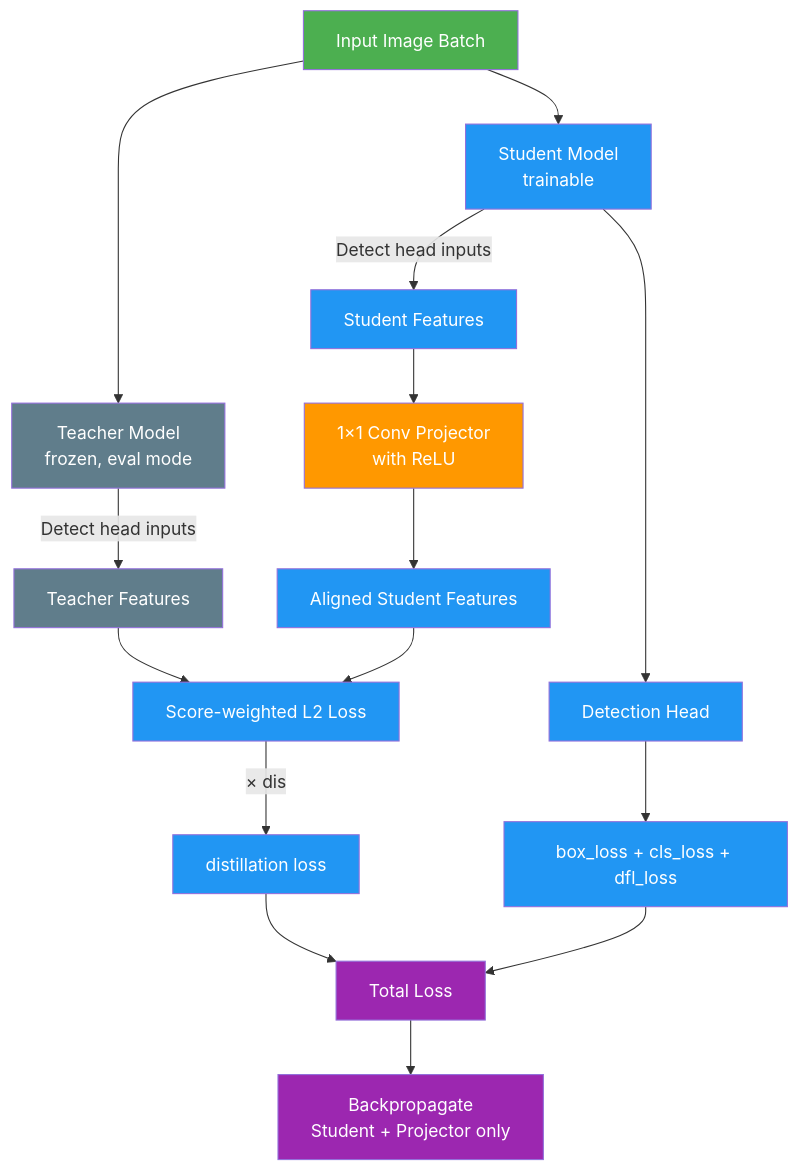
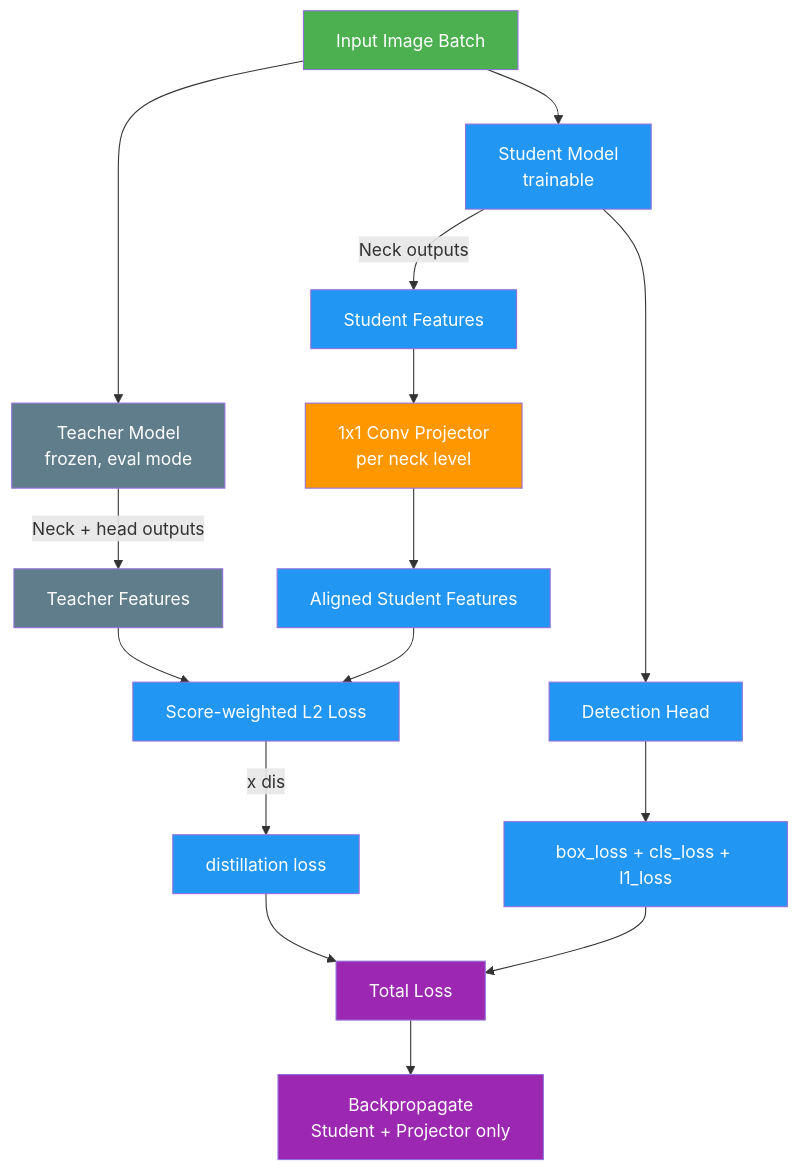
Before and after one commit to ultralytics/ultralytics: the diagram in docs/en/guides/knowledge-distillation.md, drawn with Mermaid. The commit also changed other lines of this file and 3 other files, not shown here.

````diff
--- a/docs/en/guides/knowledge-distillation.md
+++ b/docs/en/guides/knowledge-distillation.md
@@ -96,29 +261,29 @@
 ```mermaid
 flowchart TD
     A[Input Image Batch]:::start --> T[Teacher Model<br/>frozen, eval mode]:::extern
     A --> S[Student Model<br/>trainable]:::proc
 
-    T --> |Detect head inputs| TF[Teacher Features]:::extern
-    S --> |Detect head inputs| SF[Student Features]:::proc
+    T --> |Neck + head outputs| TF[Teacher Features]:::extern
+    S --> |Neck outputs| SF[Student Features]:::proc
 
-    SF --> P[1×1 Conv Projector<br/>with ReLU]:::decide
+    SF --> P[1x1 Conv Projector<br/>per neck level]:::decide
     P --> AF[Aligned Student Features]:::proc
 
     TF --> SW[Score-weighted L2 Loss]:::proc
     AF --> SW
 
     S --> D[Detection Head]:::proc
-    D --> DL[box_loss + cls_loss + dfl_loss]:::proc
+    D --> DL[box_loss + cls_loss + l1_loss]:::proc
 
-    SW --> |× dis| DIS[distillation loss]:::proc
+    SW --> |x dis| DIS[distillation loss]:::proc
     DL --> TOTAL[Total Loss]:::out
     DIS --> TOTAL
 
     TOTAL --> BP[Backpropagate<br/>Student + Projector only]:::out
 
     classDef start fill:#4CAF50,color:#fff
     classDef proc fill:#2196F3,color:#fff
     classDef decide fill:#FF9800,color:#fff
     classDef out fill:#9C27B0,color:#fff
     classDef extern fill:#607D8B,color:#fff
 ```
````
